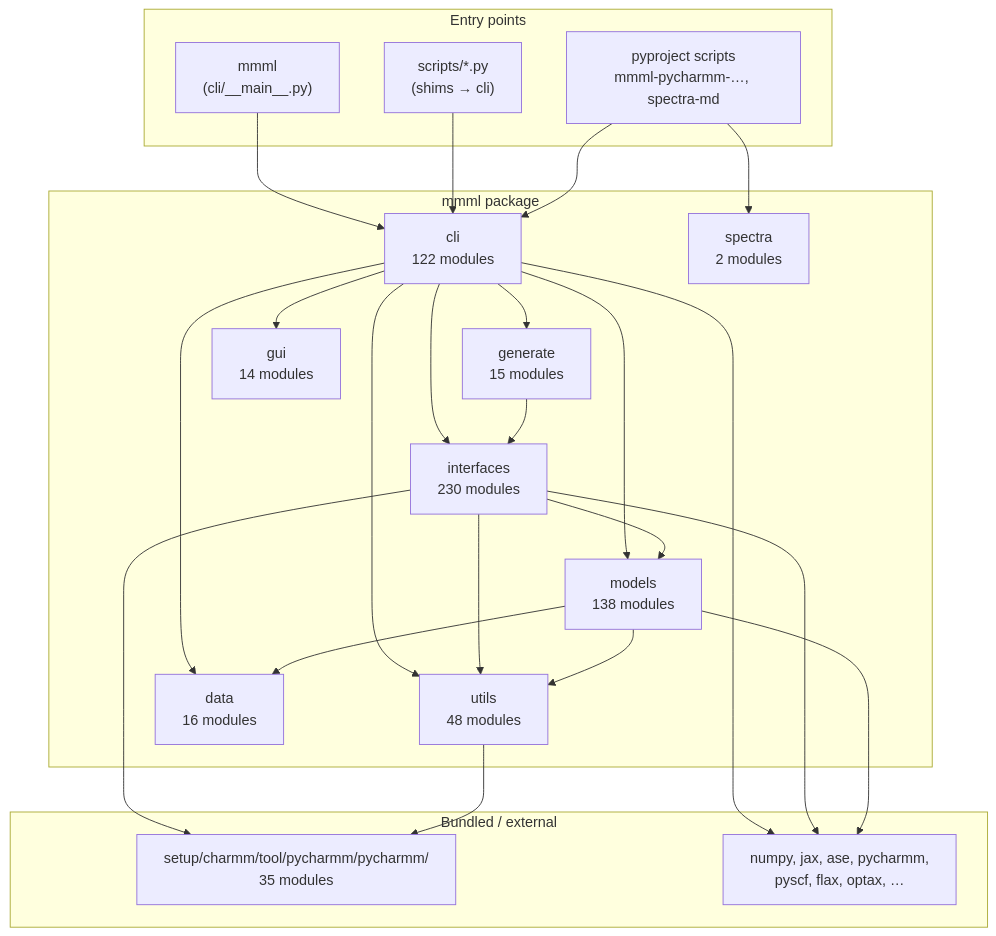
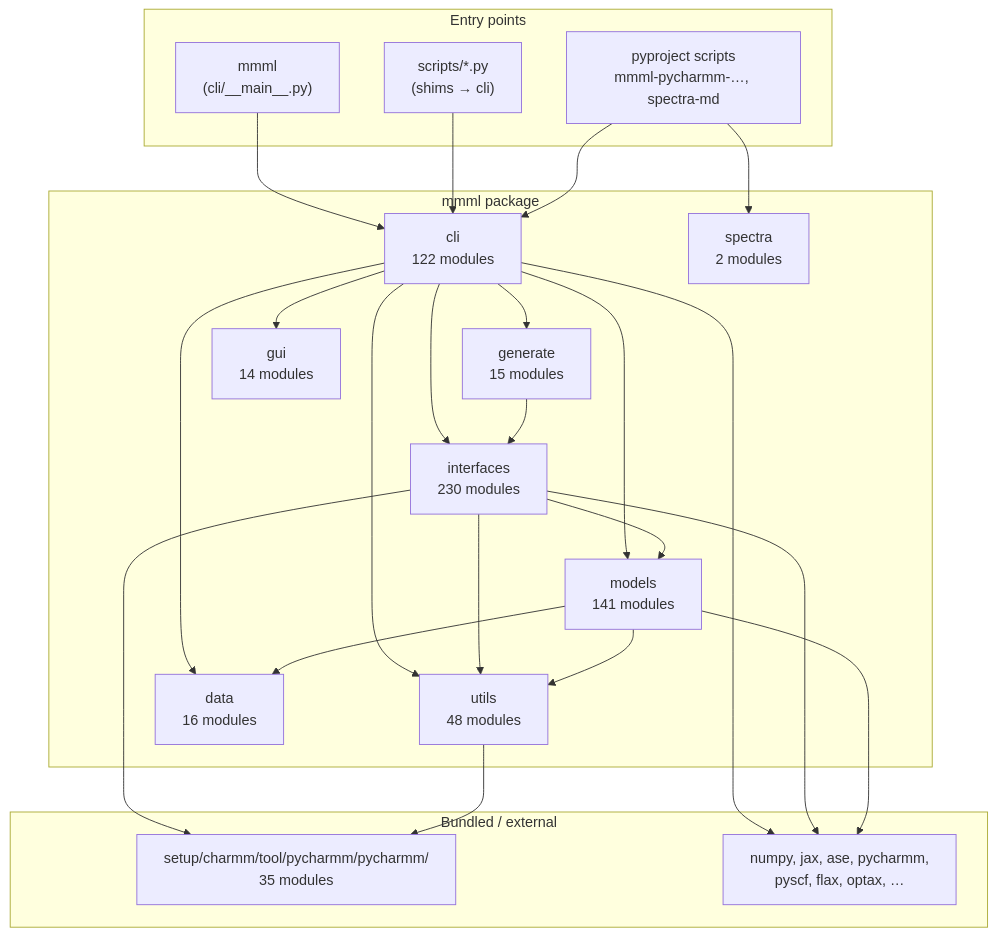
The first of 8 diagrams in docs/package-architecture.md (EricBoittier/mmml), drawn with Mermaid before and after one commit. The commit also changed 21 other files, not shown here.

````diff
--- a/docs/package-architecture.md
+++ b/docs/package-architecture.md
@@ -13,48 +13,48 @@
 ```mermaid
 flowchart TB
   subgraph entry["Entry points"]
     MMML["mmml\n(cli/__main__.py)"]
     SCRIPTS["scripts/*.py\n(shims → cli)"]
     PKG["pyproject scripts\nmmml-pycharmm-…, spectra-md"]
   end
 
   subgraph mmml_pkg["mmml package"]
     CLI["cli\n122 modules"]
     IFACE["interfaces\n230 modules"]
-    MODELS["models\n138 modules"]
+    MODELS["models\n141 modules"]
     UTILS["utils\n48 modules"]
     DATA["data\n16 modules"]
     GEN["generate\n15 modules"]
     GUI["gui\n14 modules"]
     SPEC["spectra\n2 modules"]
   end
 
   subgraph vendor["Bundled / external"]
     PYCH["setup/charmm/tool/pycharmm/pycharmm/\n35 modules"]
     EXT["numpy, jax, ase, pycharmm,\npyscf, flax, optax, …"]
   end
 
   MMML --> CLI
   SCRIPTS --> CLI
   PKG --> CLI
   PKG --> SPEC
 
   CLI --> IFACE
   CLI --> MODELS
   CLI --> DATA
   CLI --> UTILS
   CLI --> GEN
   CLI --> GUI
 
   IFACE --> MODELS
   IFACE --> UTILS
   IFACE --> PYCH
   MODELS --> UTILS
   MODELS --> DATA
   UTILS --> PYCH
   GEN --> IFACE
 
   CLI --> EXT
   IFACE --> EXT
   MODELS --> EXT
 ```
````
